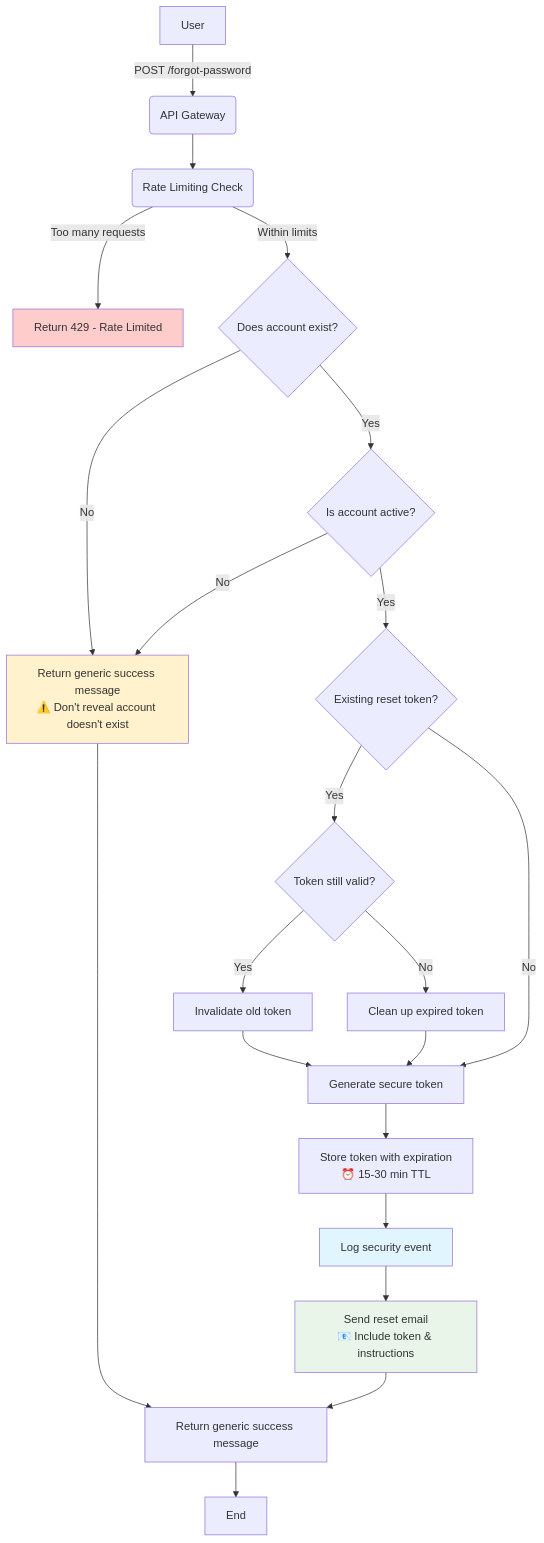
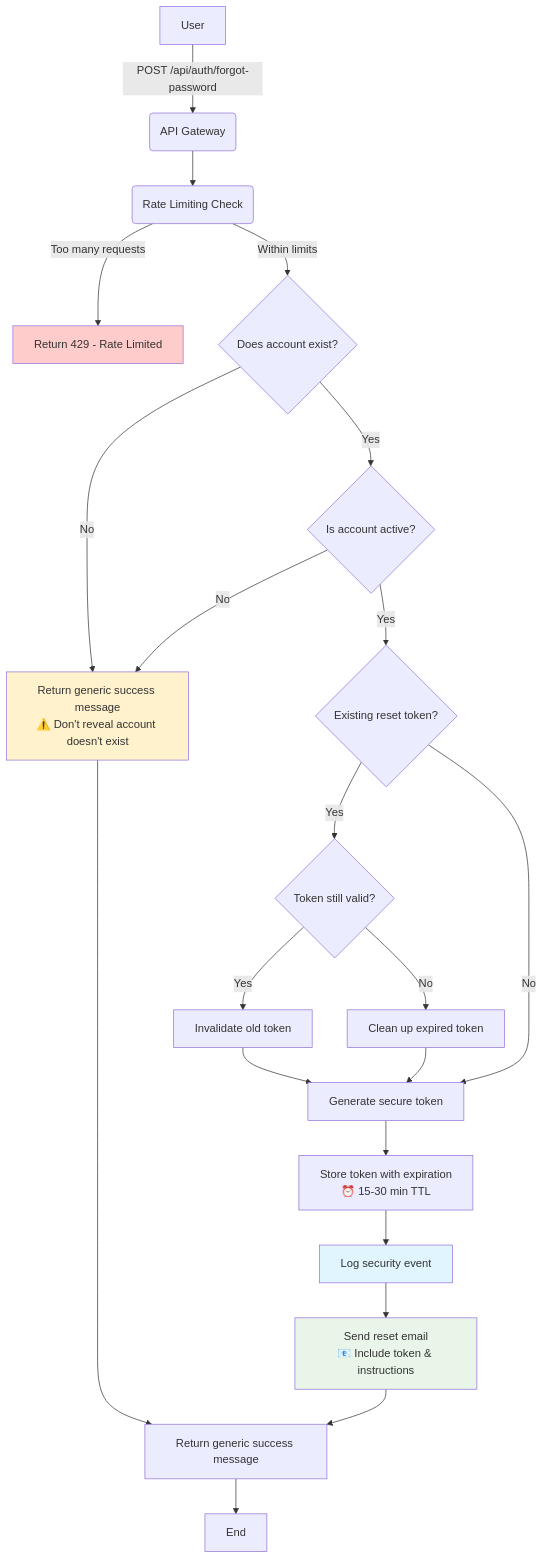
One commit to tranlehaiquan/task-management changed the second of 3 diagrams in docs/flowcharts.md. Above: the diagram before and after it, drawn with Mermaid. The commit also changed other lines of this file and 6 other files, not shown here.

Commit message:
feat: enhance password reset flow with improved error handling and logging, update DTOs for token management, and refine database schema for email verification tokens

````diff
--- a/docs/flowcharts.md
+++ b/docs/flowcharts.md
@@ -21,34 +21,34 @@
 ```mermaid
 flowchart TD
-    A[User] -->|POST /forgot-password| B(API Gateway)
+    A[User] -->|POST /api/auth/forgot-password| B(API Gateway)
     B --> C(Rate Limiting Check)
     C -->|Too many requests| D[Return 429 - Rate Limited]
     C -->|Within limits| E{Does account exist?}
 
     E -->|No| F[Return generic success message<br/>⚠️ Don't reveal account doesn't exist]
     E -->|Yes| G{Is account active?}
 
     G -->|No| F
     G -->|Yes| H{Existing reset token?}
 
     H -->|Yes| I{Token still valid?}
     I -->|Yes| J[Invalidate old token]
     I -->|No| K[Clean up expired token]
 
     H -->|No| L[Generate secure token]
     J --> L
     K --> L
 
     L --> M[Store token with expiration<br/>⏰ 15-30 min TTL]
     M --> N[Log security event]
     N --> O[Send reset email<br/>📧 Include token & instructions]
 
     O --> P[Return generic success message]
     F --> P
     P --> Q[End]
 
     style D fill:#ffcccc
     style F fill:#fff2cc
     style N fill:#e1f5fe
     style O fill:#e8f5e8
 ```
````
